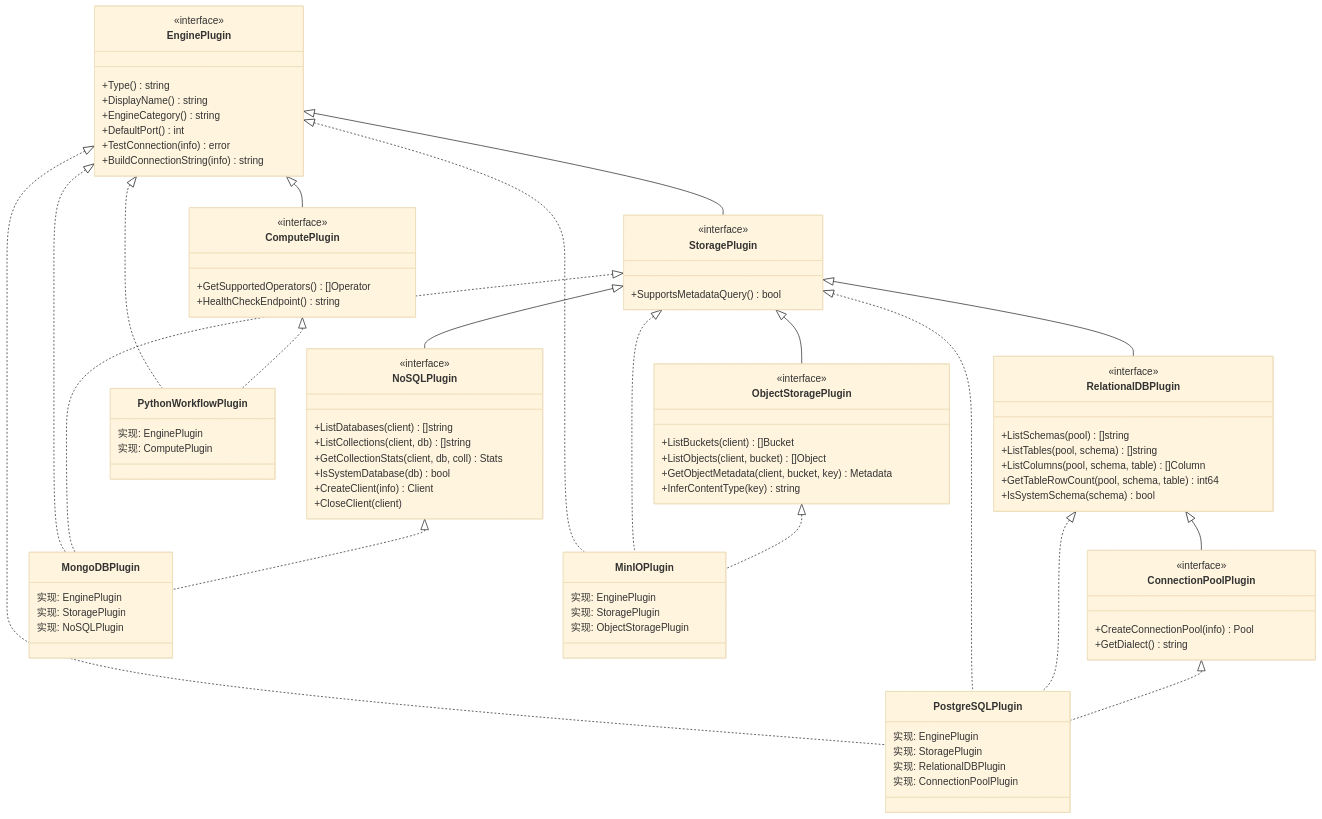
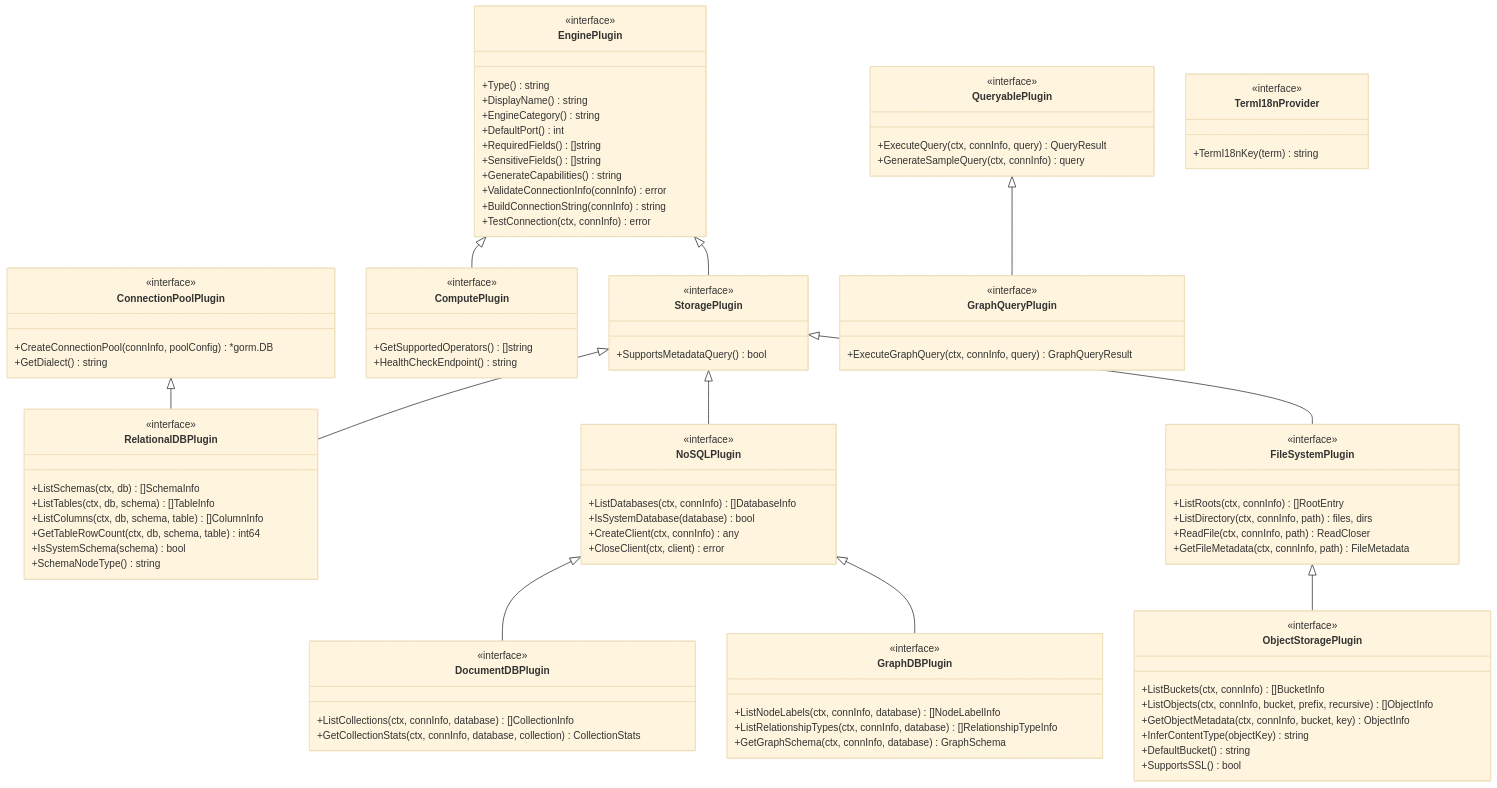
The second of 8 diagrams in docs/concepts/addp引擎体系图.md (pampa0629/addp), drawn with Mermaid (base theme) before and after one commit. The commit also changed other lines of this file and 2 other files, not shown here.

````diff
--- a/docs/concepts/addp引擎体系图.md
+++ b/docs/concepts/addp引擎体系图.md
@@ -38,8 +141,12 @@
         +DisplayName() string
         +EngineCategory() string
         +DefaultPort() int
-        +TestConnection(info) error
-        +BuildConnectionString(info) string
+        +RequiredFields() []string
+        +SensitiveFields() []string
+        +GenerateCapabilities() string
+        +ValidateConnectionInfo(connInfo) error
+        +BuildConnectionString(connInfo) string
+        +TestConnection(ctx, connInfo) error
     }
 
     class StoragePlugin {
@@ -49,87 +156,89 @@
 
     class ComputePlugin {
         <<interface>>
-        +GetSupportedOperators() []Operator
+        +GetSupportedOperators() []string
         +HealthCheckEndpoint() string
+    }
+
+    class ConnectionPoolPlugin {
+        <<interface>>
+        +CreateConnectionPool(connInfo, poolConfig) *gorm.DB
+        +GetDialect() string
+    }
+
+    class RelationalDBPlugin {
+        <<interface>>
+        +ListSchemas(ctx, db) []SchemaInfo
+        +ListTables(ctx, db, schema) []TableInfo
+        +ListColumns(ctx, db, schema, table) []ColumnInfo
+        +GetTableRowCount(ctx, db, schema, table) int64
+        +IsSystemSchema(schema) bool
+        +SchemaNodeType() string
     }
 
     class NoSQLPlugin {
         <<interface>>
-        +ListDatabases(client) []string
-        +ListCollections(client, db) []string
-        +GetCollectionStats(client, db, coll) Stats
-        +IsSystemDatabase(db) bool
-        +CreateClient(info) Client
-        +CloseClient(client)
+        +ListDatabases(ctx, connInfo) []DatabaseInfo
+        +IsSystemDatabase(database) bool
+        +CreateClient(ctx, connInfo) any
+        +CloseClient(ctx, client) error
     }
 
-    class RelationalDBPlugin {
+    class DocumentDBPlugin {
         <<interface>>
-        +ListSchemas(pool) []string
-        +ListTables(pool, schema) []string
-        +ListColumns(pool, schema, table) []Column
-        +GetTableRowCount(pool, schema, table) int64
-        +IsSystemSchema(schema) bool
+        +ListCollections(ctx, connInfo, database) []CollectionInfo
+        +GetCollectionStats(ctx, connInfo, database, collection) CollectionStats
+    }
+
+    class GraphDBPlugin {
+        <<interface>>
+        +ListNodeLabels(ctx, connInfo, database) []NodeLabelInfo
+        +ListRelationshipTypes(ctx, connInfo, database) []RelationshipTypeInfo
+        +GetGraphSchema(ctx, connInfo, database) GraphSchema
+    }
+
+    class QueryablePlugin {
+        <<interface>>
+        +ExecuteQuery(ctx, connInfo, query) QueryResult
+        +GenerateSampleQuery(ctx, connInfo) query
+    }
+
+    class GraphQueryPlugin {
+        <<interface>>
+        +ExecuteGraphQuery(ctx, connInfo, query) GraphQueryResult
+    }
+
+    class FileSystemPlugin {
+        <<interface>>
+        +ListRoots(ctx, connInfo) []RootEntry
+        +ListDirectory(ctx, connInfo, path) files, dirs
+        +ReadFile(ctx, connInfo, path) ReadCloser
+        +GetFileMetadata(ctx, connInfo, path) FileMetadata
     }
 
     class ObjectStoragePlugin {
         <<interface>>
-        +ListBuckets(client) []Bucket
-        +ListObjects(client, bucket) []Object
-        +GetObjectMetadata(client, bucket, key) Metadata
-        +InferContentType(key) string
+        +ListBuckets(ctx, connInfo) []BucketInfo
+        +ListObjects(ctx, connInfo, bucket, prefix, recursive) []ObjectInfo
+        +GetObjectMetadata(ctx, connInfo, bucket, key) ObjectInfo
+        +InferContentType(objectKey) string
+        +DefaultBucket() string
+        +SupportsSSL() bool
     }
 
-    class ConnectionPoolPlugin {
+    class TermI18nProvider {
         <<interface>>
-        +CreateConnectionPool(info) Pool
-        +GetDialect() string
+        +TermI18nKey(term) string
     }
 
     EnginePlugin <|-- StoragePlugin
     EnginePlugin <|-- ComputePlugin
+    StoragePlugin <|-- RelationalDBPlugin
+    ConnectionPoolPlugin <|-- RelationalDBPlugin
     StoragePlugin <|-- NoSQLPlugin
-    StoragePlugin <|-- RelationalDBPlugin
-    StoragePlugin <|-- ObjectStoragePlugin
-    RelationalDBPlugin <|-- ConnectionPoolPlugin
-
-    class PostgreSQLPlugin {
-        实现: EnginePlugin
-        实现: StoragePlugin
-        实现: RelationalDBPlugin
-        实现: ConnectionPoolPlugin
-    }
-
-    class MongoDBPlugin {
-        实现: EnginePlugin
-        实现: StoragePlugin
-        实现: NoSQLPlugin
-    }
-
-    class MinIOPlugin {
-        实现: EnginePlugin
-        实现: StoragePlugin
-        实现: ObjectStoragePlugin
-    }
-
-    class PythonWorkflowPlugin {
-        实现: EnginePlugin
-        实现: ComputePlugin
-    }
-
-    EnginePlugin <|.. PostgreSQLPlugin
-    StoragePlugin <|.. PostgreSQLPlugin
-    RelationalDBPlugin <|.. PostgreSQLPlugin
-    ConnectionPoolPlugin <|.. PostgreSQLPlugin
-
-    EnginePlugin <|.. MongoDBPlugin
-    StoragePlugin <|.. MongoDBPlugin
-    NoSQLPlugin <|.. MongoDBPlugin
-
-    EnginePlugin <|.. MinIOPlugin
-    StoragePlugin <|.. MinIOPlugin
-    ObjectStoragePlugin <|.. MinIOPlugin
-
-    EnginePlugin <|.. PythonWorkflowPlugin
-    ComputePlugin <|.. PythonWorkflowPlugin
+    NoSQLPlugin <|-- DocumentDBPlugin
+    NoSQLPlugin <|-- GraphDBPlugin
+    QueryablePlugin <|-- GraphQueryPlugin
+    StoragePlugin <|-- FileSystemPlugin
+    FileSystemPlugin <|-- ObjectStoragePlugin
 ```
````
